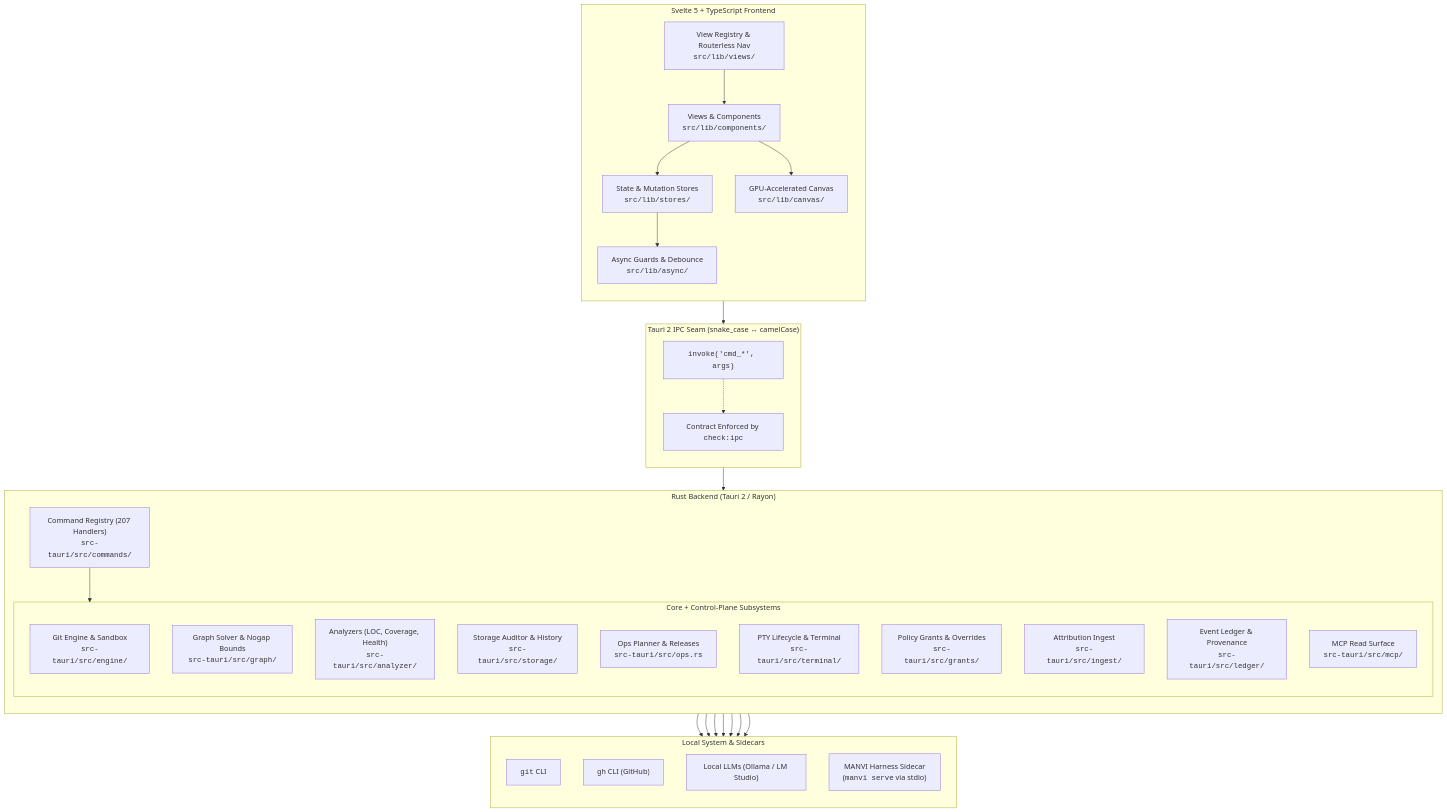
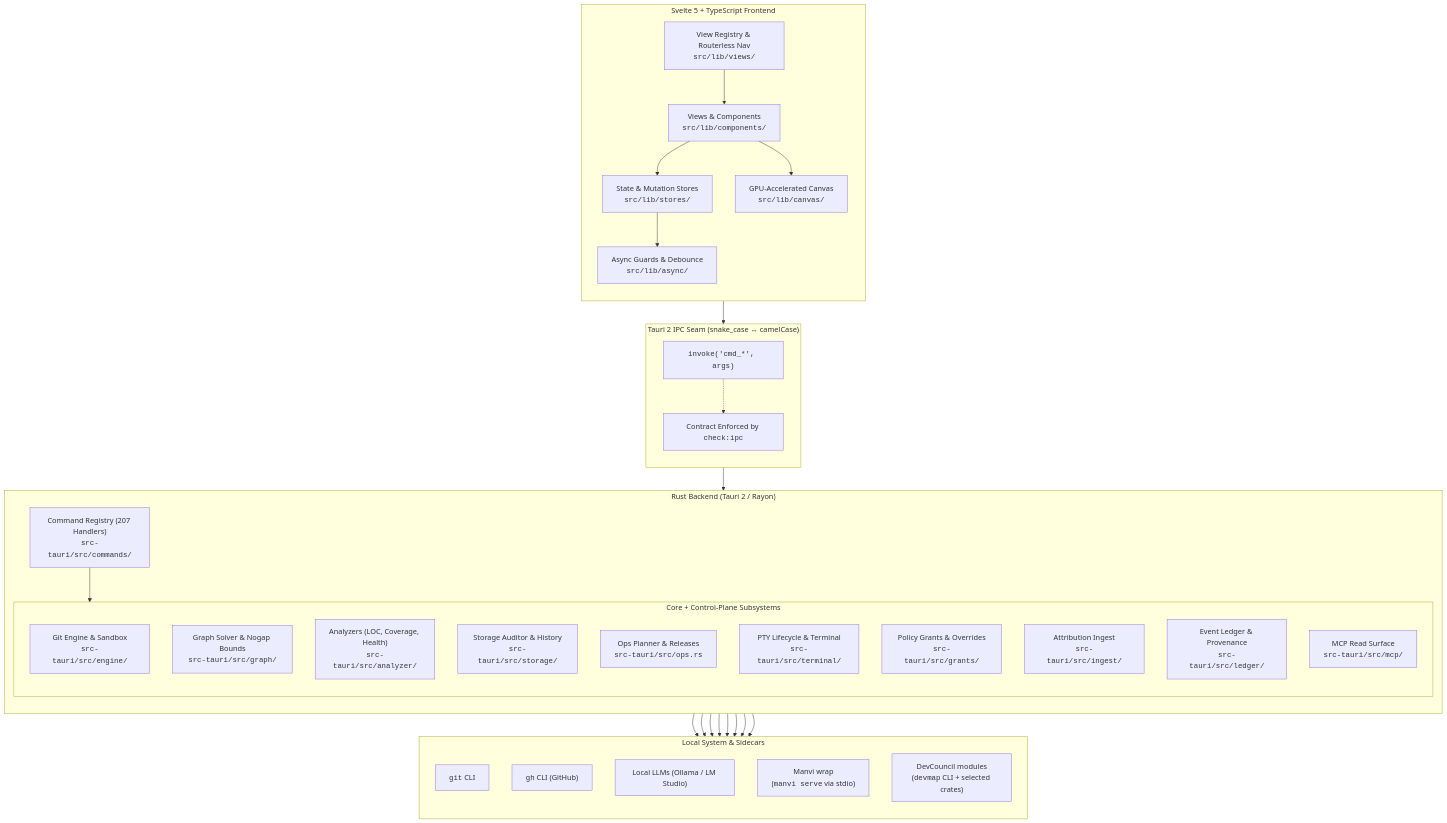
Before and after one commit to bharathvbcr/GitPulse: the first of 4 diagrams in docs/ARCHITECTURE.md, drawn with Mermaid. The commit also changed other lines of this file and 90 other files, not shown here.

````diff
--- a/docs/ARCHITECTURE.md
+++ b/docs/ARCHITECTURE.md
@@ -5,61 +13,63 @@
 ```mermaid
 flowchart TB
     subgraph Frontend["Svelte 5 + TypeScript Frontend"]
         direction TB
         UI["Views & Components<br/><code>src/lib/components/</code>"]
         Stores["State & Mutation Stores<br/><code>src/lib/stores/</code>"]
         Registry["View Registry & Routerless Nav<br/><code>src/lib/views/</code>"]
         Canvas["GPU-Accelerated Canvas<br/><code>src/lib/canvas/</code>"]
         Async["Async Guards & Debounce<br/><code>src/lib/async/</code>"]
         
         UI --> Stores
         UI --> Canvas
         Stores --> Async
         Registry --> UI
     end
 
     subgraph IPC["Tauri 2 IPC Seam (snake_case ↔ camelCase)"]
         direction TB
         Invoke["<code>invoke('cmd_*', args)</code>"]
         ContractCheck["Contract Enforced by <code>check:ipc</code>"]
         Invoke -.-> ContractCheck
     end
 
     subgraph Backend["Rust Backend (Tauri 2 / Rayon)"]
         direction TB
         CmdRegistry["Command Registry (207 Handlers)<br/><code>src-tauri/src/commands/</code>"]
         
         subgraph Subsystems["Core + Control-Plane Subsystems"]
             GitEngine["Git Engine & Sandbox<br/><code>src-tauri/src/engine/</code>"]
             GraphSolver["Graph Solver & Nogap Bounds<br/><code>src-tauri/src/graph/</code>"]
             Analyzers["Analyzers (LOC, Coverage, Health)<br/><code>src-tauri/src/analyzer/</code>"]
             StorageAuditor["Storage Auditor & History<br/><code>src-tauri/src/storage/</code>"]
             OpsPlanner["Ops Planner & Releases<br/><code>src-tauri/src/ops.rs</code>"]
             PtyTerminal["PTY Lifecycle & Terminal<br/><code>src-tauri/src/terminal/</code>"]
             Grants["Policy Grants & Overrides<br/><code>src-tauri/src/grants/</code>"]
             Ingest["Attribution Ingest<br/><code>src-tauri/src/ingest/</code>"]
             Ledger["Event Ledger & Provenance<br/><code>src-tauri/src/ledger/</code>"]
             MCP["MCP Read Surface<br/><code>src-tauri/src/mcp/</code>"]
         end
         
         CmdRegistry --> Subsystems
     end
 
     subgraph External["Local System & Sidecars"]
         direction TB
         LocalGit["<code>git</code> CLI"]
         LocalGh["<code>gh</code> CLI (GitHub)"]
         LocalLLM["Local LLMs (Ollama / LM Studio)"]
-        ManviSidecar["MANVI Harness Sidecar<br/>(<code>manvi serve</code> via stdio)"]
+        ManviSidecar["Manvi wrap<br/>(<code>manvi serve</code> via stdio)"]
+        DevCouncilMods["DevCouncil modules<br/>(<code>devmap</code> CLI + selected crates)"]
     end
 
     Async --> Invoke
     Invoke --> CmdRegistry
     GitEngine --> LocalGit
     Analyzers --> LocalGit
     Analyzers --> LocalGh
     Analyzers --> LocalLLM
     OpsPlanner --> LocalGh
     OpsPlanner --> ManviSidecar
     Subsystems --> ManviSidecar
+    Subsystems --> DevCouncilMods
 ```
````
